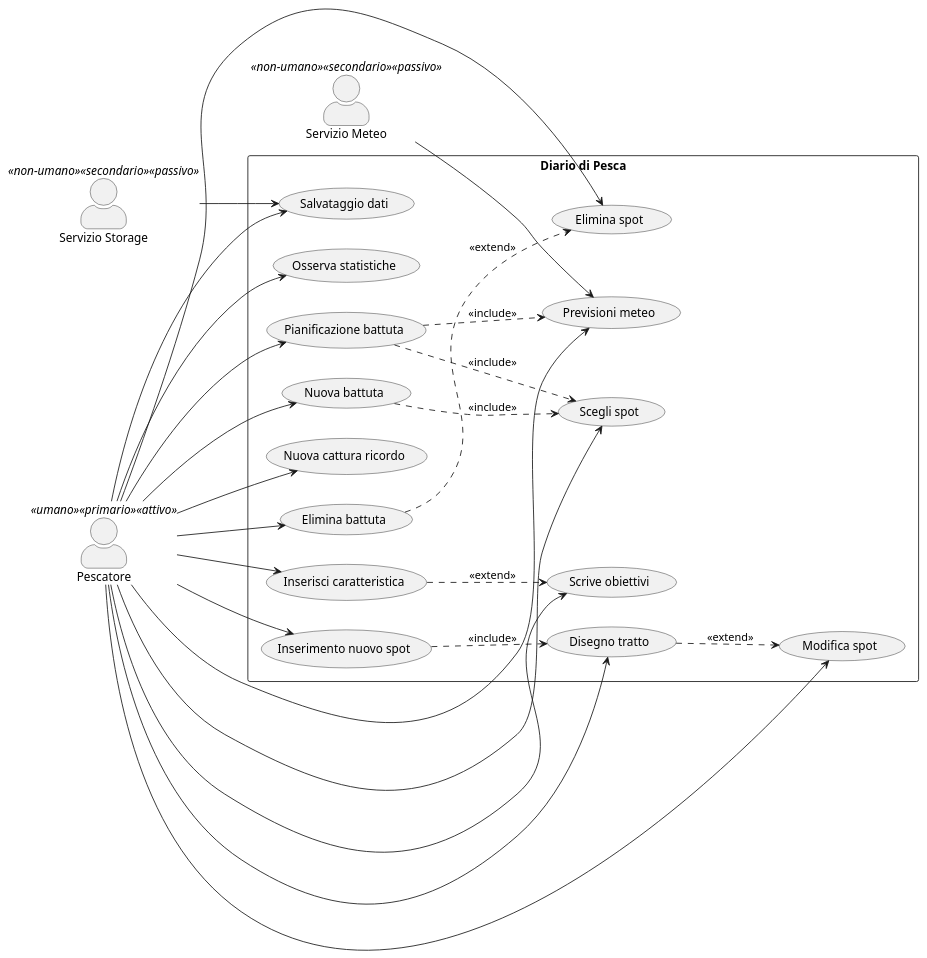
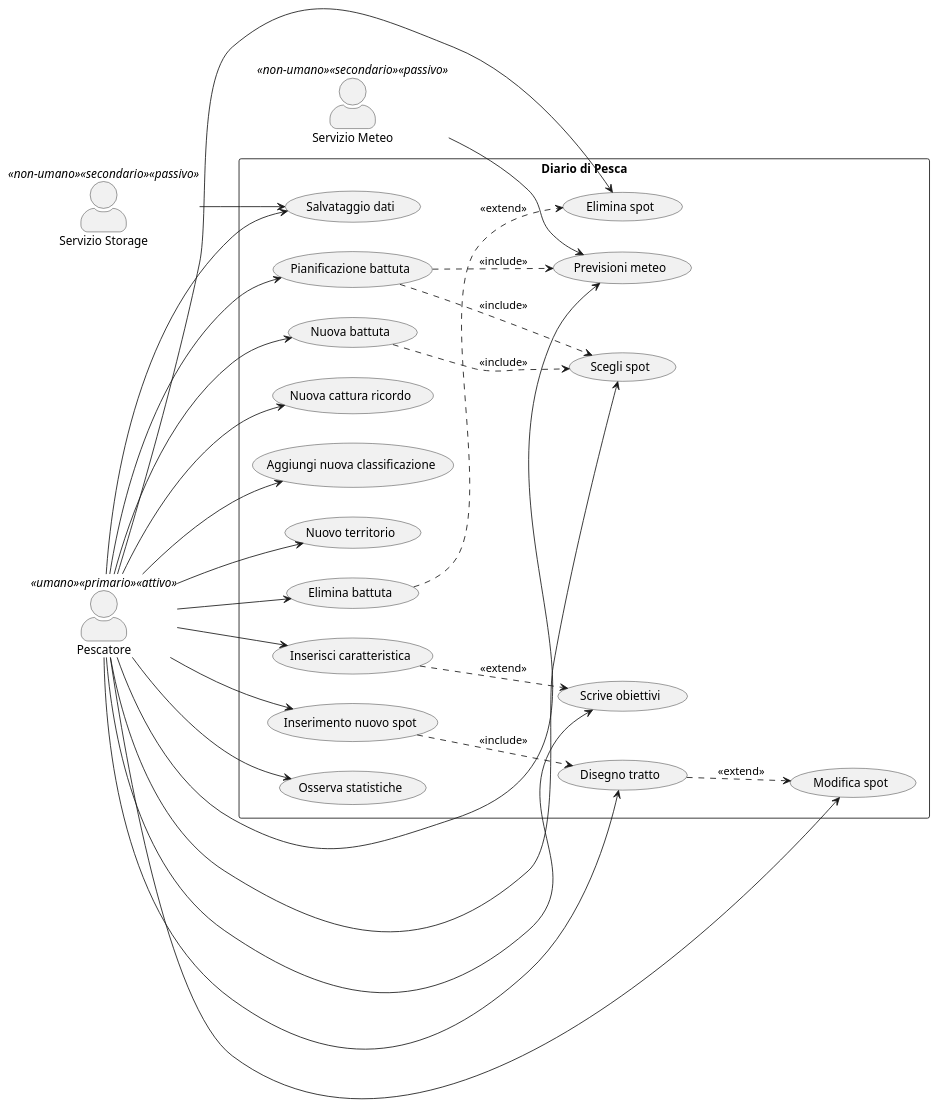
Before and after one commit to LocaCele04/LC_Tesi: the diagram in diagrams/diagramma_casi_uso.puml, drawn with PlantUML. The commit also changed 3 other files, not shown here.

```diff
--- a/diagrams/diagramma_casi_uso.puml
+++ b/diagrams/diagramma_casi_uso.puml
@@ -1,63 +1,67 @@
 @startuml Diagramma_dei_casi_duso
 left to right direction
 skinparam packageStyle rectangle
 skinparam actorStyle awesome
 
 actor "Pescatore" as Pescatore <<umano>> <<primario>> <<attivo>>
 actor "Servizio Meteo" as Meteo <<non-umano>> <<secondario>> <<passivo>>
 actor "Servizio Storage" as Storage <<non-umano>> <<secondario>> <<passivo>>
 
 rectangle "Diario di Pesca" {
   ' --- nuovi casi uso ---
 	usecase "Disegno tratto" as UC_DisegnoTratto
 	usecase "Elimina battuta" as UC_EliminaBattuta
 	usecase "Inserisci caratteristica" as UC_NuovaCaratteristica
 	usecase "Scrive obiettivi" as UC_NuovoObiettivo
 	usecase "Previsioni meteo" as UC_Previsioni
 	usecase "Inserimento nuovo spot" as UC_NuovoSpot
 	usecase "Modifica spot" as UC_ModificaSpot
 	usecase "Scegli spot" as UC_SceltaSpot
 	usecase "Osserva statistiche" as UC_Statistiche
 	usecase "Elimina spot" as UC_EliminaSpot
 	usecase "Salvataggio dati" as UC_Backup
 	usecase "Nuova battuta" as UC_NuovaBattuta
 	usecase "Pianificazione battuta" as UC_Pianificazione
 	usecase "Nuova cattura ricordo" as UC_CatturaMemorabile
+	usecase "Aggiungi nuova classificazione" as UC_NuovaClassificazione
+	usecase "Nuovo territorio" as UC_NuovaValle
 	
   
 
   ' --- nuove associazioni ---
 	UC_NuovoSpot ..> UC_DisegnoTratto : <<include>>
 	UC_DisegnoTratto ..> UC_ModificaSpot : <<extend>>
 	UC_NuovaBattuta ..> UC_SceltaSpot : <<include>>
 	UC_Pianificazione ..> UC_Previsioni : <<include>>
 	UC_Pianificazione ..> UC_SceltaSpot : <<include>>
 	UC_NuovaCaratteristica ..> UC_NuovoObiettivo : <<extend>>  
 	UC_EliminaBattuta ..> UC_EliminaSpot : <<extend>> 
 
 
   
 
 
   ' --- Regola di business, l'eliminazione da parte del pescatore dello spot elimina anche il tratto associato e viceversa ---
 }
 
 ' --- associazioni con attori ---
 	Meteo --> UC_Previsioni
 	Storage --> UC_Backup
 	Pescatore --> UC_NuovoSpot
 	Pescatore --> UC_ModificaSpot
 	Pescatore --> UC_SceltaSpot
 	Pescatore --> UC_EliminaSpot
 	Pescatore --> UC_Statistiche
 	Pescatore --> UC_Backup
 	Pescatore --> UC_EliminaBattuta 
 	Pescatore --> UC_DisegnoTratto
 	Pescatore --> UC_CatturaMemorabile
 	Pescatore --> UC_NuovaCaratteristica
 	Pescatore --> UC_NuovaBattuta
 	Pescatore --> UC_Pianificazione
 	Pescatore --> UC_NuovoObiettivo
 	Pescatore --> UC_Previsioni
+	Pescatore --> UC_NuovaClassificazione
+	Pescatore --> UC_NuovaValle
 
 @enduml
```
